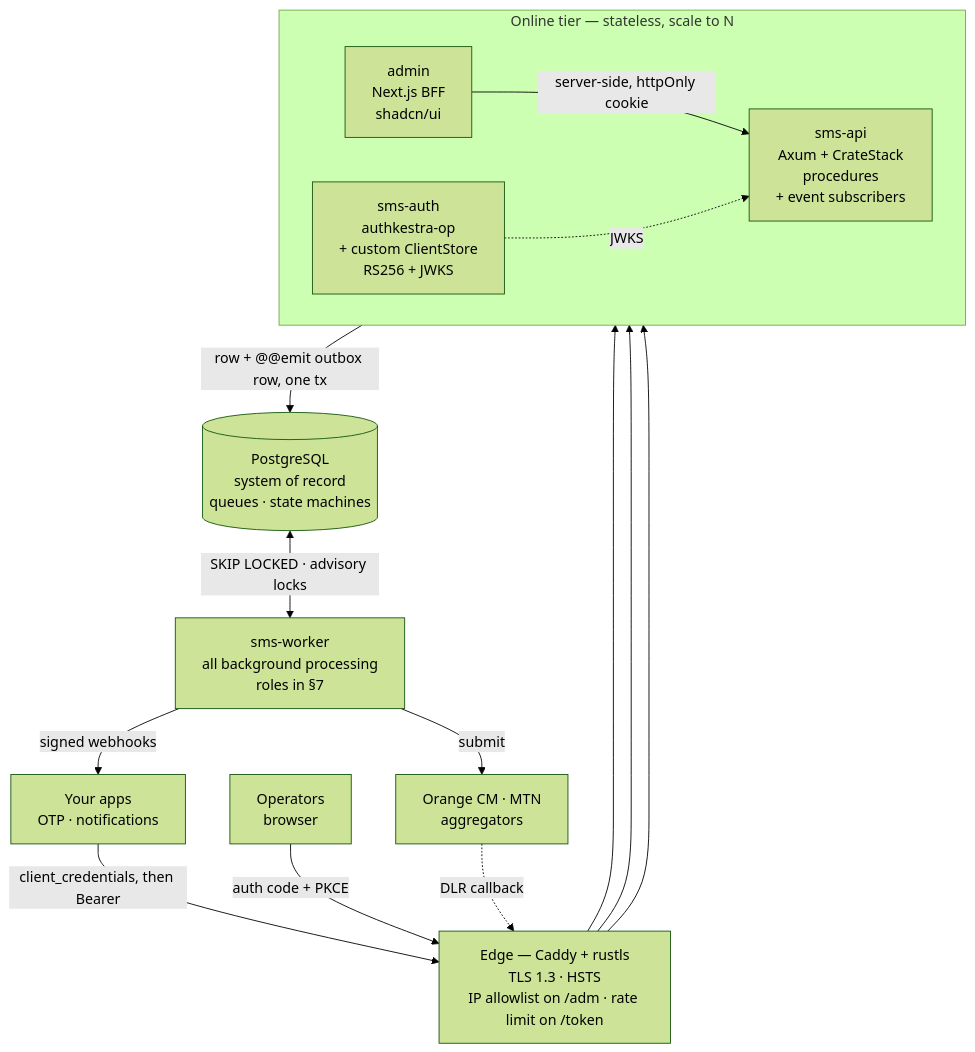
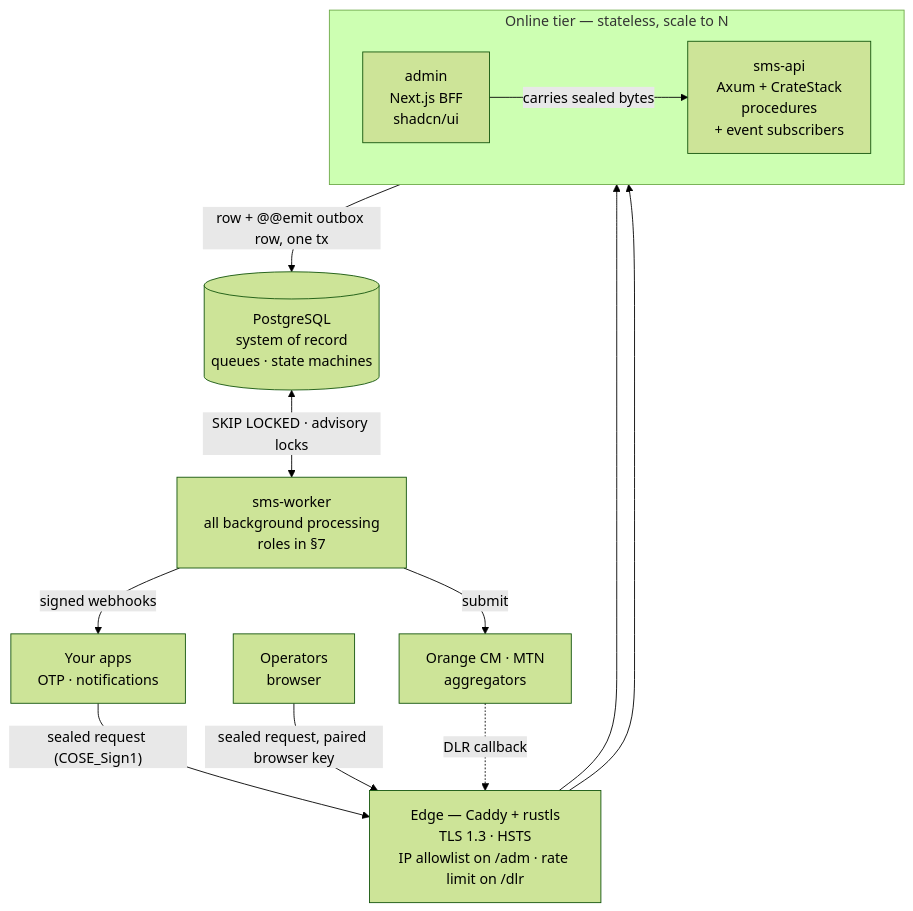
One commit to vaam-apps/vsms changed the first of 11 diagrams in docs/architecture.md. Above: the diagram before and after it, drawn with Mermaid (forest theme). The commit also changed other lines of this file and 22 other files, not shown here.

````diff
--- a/docs/architecture.md
+++ b/docs/architecture.md
@@ -101,30 +97,27 @@
 ```mermaid
 flowchart TB
     APP["Your apps<br/>OTP · notifications"]
     HUMAN["Operators<br/>browser"]
-    EDGE["Edge — Caddy + rustls<br/>TLS 1.3 · HSTS<br/>IP allowlist on /adm · rate limit on /token"]
+    EDGE["Edge — Caddy + rustls<br/>TLS 1.3 · HSTS<br/>IP allowlist on /adm · rate limit on /dlr"]
 
     subgraph online["Online tier — stateless, scale to N"]
         direction LR
-        AUTH["sms-auth<br/>authkestra-op<br/>+ custom ClientStore<br/>RS256 + JWKS"]
         API["sms-api<br/>Axum + CrateStack<br/>procedures<br/>+ event subscribers"]
         ADMIN["admin<br/>Next.js BFF<br/>shadcn/ui"]
     end
 
     WORKER["sms-worker<br/>all background processing<br/>roles in §7"]
     PG[("PostgreSQL<br/>system of record<br/>queues · state machines")]
     OPS["Orange CM · MTN<br/>aggregators"]
 
-    APP -- "client_credentials, then Bearer" --> EDGE
-    HUMAN -- "auth code + PKCE" --> EDGE
-    EDGE --> AUTH
+    APP -- "sealed request (COSE_Sign1)" --> EDGE
+    HUMAN -- "sealed request, paired browser key" --> EDGE
     EDGE --> ADMIN
     EDGE --> API
-    ADMIN -- "server-side, httpOnly cookie" --> API
-    AUTH -. "JWKS" .-> API
+    ADMIN -- "carries sealed bytes" --> API
     API -- "row + @@emit outbox row, one tx" --> PG
     PG <-- "SKIP LOCKED · advisory locks" --> WORKER
     WORKER -- "submit" --> OPS
     OPS -. "DLR callback" .-> EDGE
     WORKER -- "signed webhooks" --> APP
 ```
````
